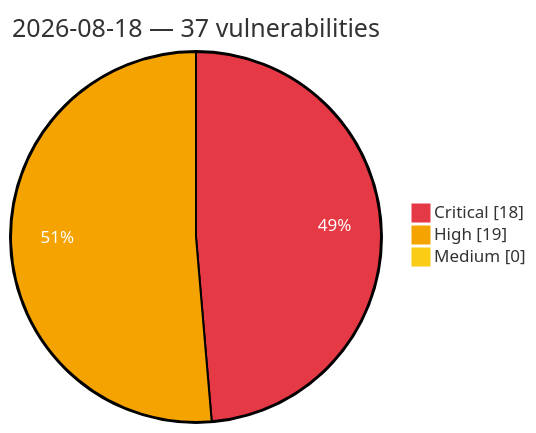
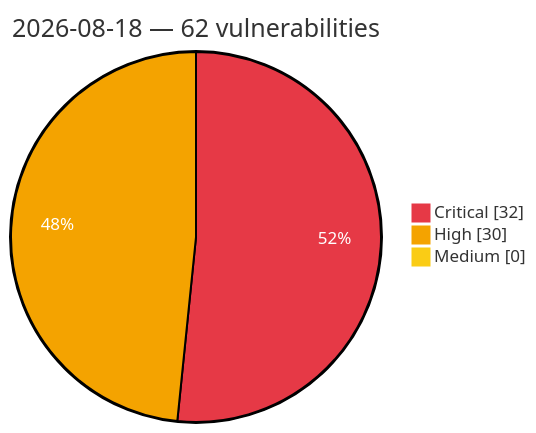
One commit to GhostX0X/vuln-tracker changed the diagram in vulnerabilities/2026/August/2026-08-18.md. Above: the diagram before and after it, drawn with Mermaid. The commit also changed other lines of this file and 5 other files, not shown here.

Commit message:
Auto update: critical/high vulns (2026-08-18 15:58 UTC)

````diff
--- a/vulnerabilities/2026/August/2026-08-18.md
+++ b/vulnerabilities/2026/August/2026-08-18.md
@@ -3,8 +3,8 @@
 ```mermaid
 %%{init: {'theme':'base', 'themeVariables': {'pie1':'#e63946', 'pie2':'#f4a300', 'pie3':'#facc15', 'pieOpacity':'1', 'pieOuterStrokeWidth':'2px', 'pieSectionTextColor':'#ffffff'}}}%%
 pie showData
-    title 2026-08-18 — 37 vulnerabilities
-    "Critical" : 18
-    "High" : 19
+    title 2026-08-18 — 62 vulnerabilities
+    "Critical" : 32
+    "High" : 30
     "Medium" : 0
 ```
````
